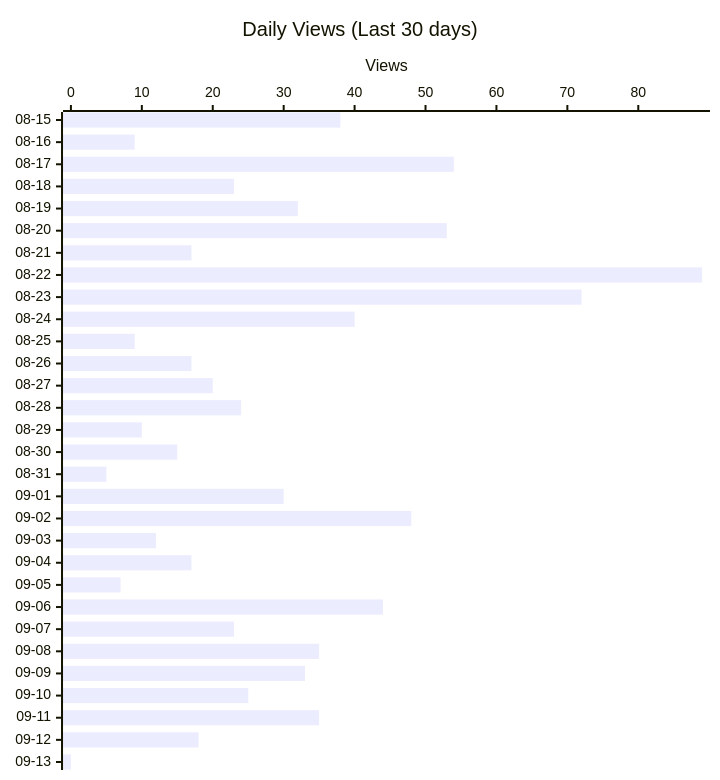
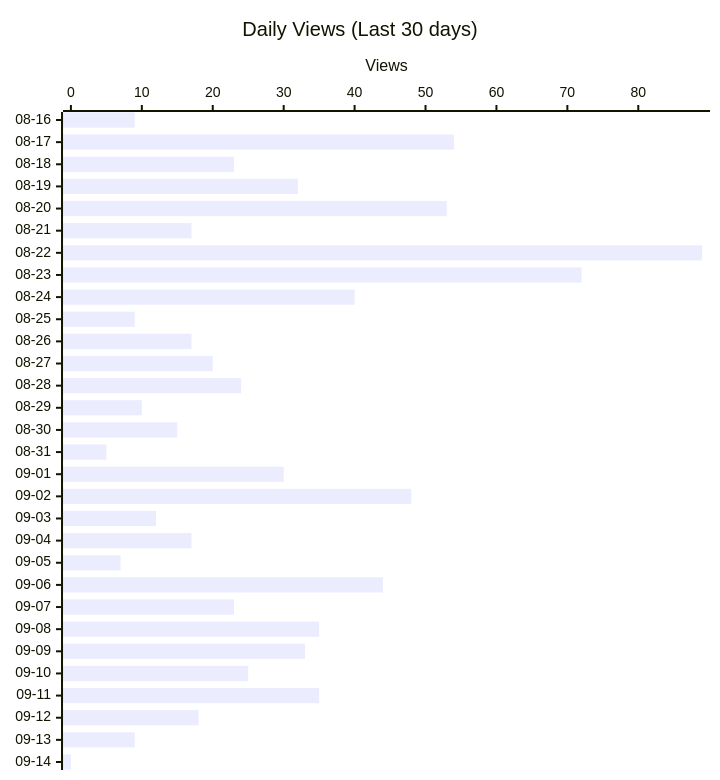
One commit to shigechika/github-insights changed the second of 4 diagrams in README.md. Above: the diagram before and after it, drawn with Mermaid. The commit also changed other lines of this file and 2 other files, not shown here.

````diff
--- a/README.md
+++ b/README.md
@@ -28,12 +28,12 @@
 ```mermaid
 ---
 config:
   xyChart:
     height: 760
 ---
 xychart-beta horizontal
     title "Daily Views (Last 30 days)"
-    x-axis ["08-15", "08-16", "08-17", "08-18", "08-19", "08-20", "08-21", "08-22", "08-23", "08-24", "08-25", "08-26", "08-27", "08-28", "08-29", "08-30", "08-31", "09-01", "09-02", "09-03", "09-04", "09-05", "09-06", "09-07", "09-08", "09-09", "09-10", "09-11", "09-12", "09-13"]
+    x-axis ["08-16", "08-17", "08-18", "08-19", "08-20", "08-21", "08-22", "08-23", "08-24", "08-25", "08-26", "08-27", "08-28", "08-29", "08-30", "08-31", "09-01", "09-02", "09-03", "09-04", "09-05", "09-06", "09-07", "09-08", "09-09", "09-10", "09-11", "09-12", "09-13", "09-14"]
     y-axis "Views"
-    bar [38, 9, 54, 23, 32, 53, 17, 89, 72, 40, 9, 17, 20, 24, 10, 15, 5, 30, 48, 12, 17, 7, 44, 23, 35, 33, 25, 35, 18, 0]
+    bar [9, 54, 23, 32, 53, 17, 89, 72, 40, 9, 17, 20, 24, 10, 15, 5, 30, 48, 12, 17, 7, 44, 23, 35, 33, 25, 35, 18, 9, 0]
 ```
````
